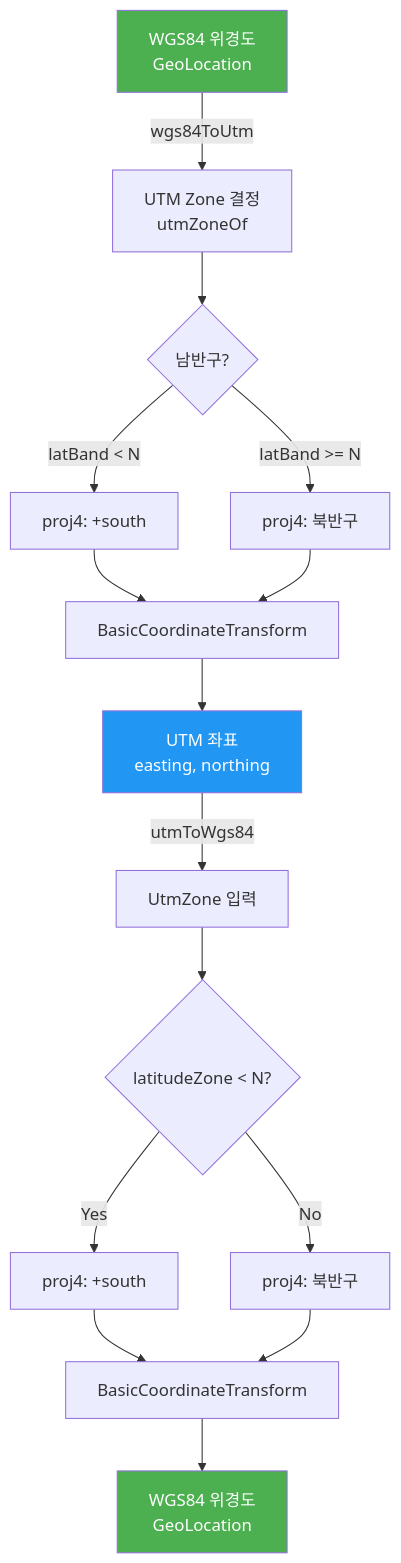
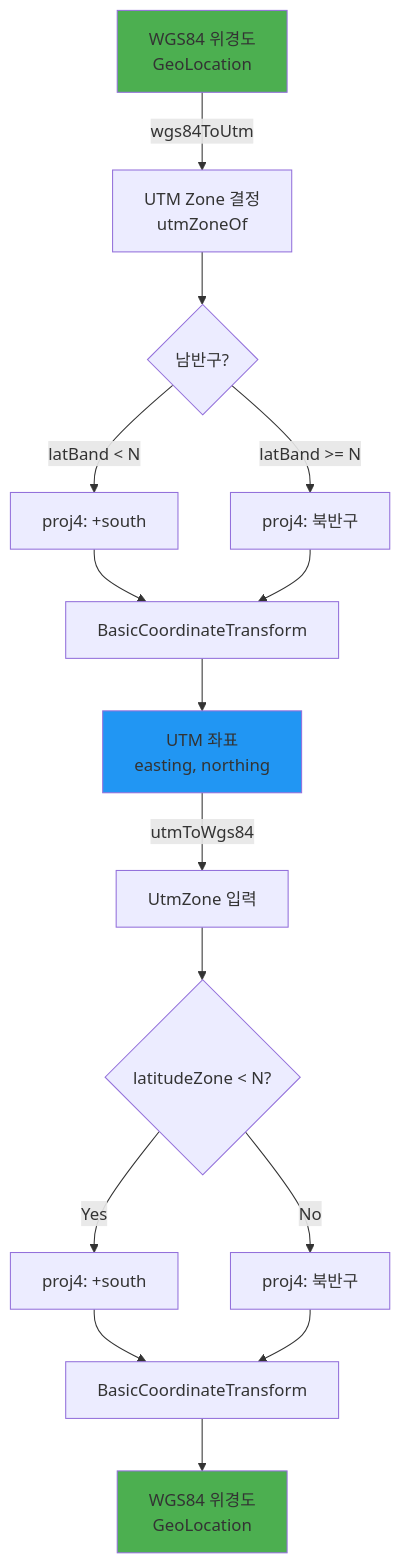
One commit to bluetape4k/bluetape4k-projects changed the fourth of 4 diagrams in utils/science/README.md. Above: the diagram before and after it, drawn with Mermaid. The commit also changed other lines of this file and 74 other files, not shown here.

First line of the commit message:
docs: bluetape4k/core/coroutines/logging, io/feign~vertx README 색상 Mermaid UML 추가

````diff
--- a/utils/science/README.md
+++ b/utils/science/README.md
@@ -581,22 +581,22 @@
 ```mermaid
 flowchart TD
     A[WGS84 위경도\nGeoLocation] -->|wgs84ToUtm| B[UTM Zone 결정\nutmZoneOf]
     B --> C{남반구?}
     C -->|latBand < N| D[proj4: +south]
     C -->|latBand >= N| E[proj4: 북반구]
     D --> F[BasicCoordinateTransform]
     E --> F
     F --> G[UTM 좌표\neasting, northing]
 
     G -->|utmToWgs84| H[UtmZone 입력]
     H --> I{latitudeZone < N?}
     I -->|Yes| J[proj4: +south]
     I -->|No| K[proj4: 북반구]
     J --> L[BasicCoordinateTransform]
     K --> L
     L --> M[WGS84 위경도\nGeoLocation]
 
-    style A fill:#4CAF50,color:#fff
-    style G fill:#2196F3,color:#fff
-    style M fill:#4CAF50,color:#fff
+    style A fill:#4CAF50
+    style G fill:#2196F3
+    style M fill:#4CAF50
 ```
````
